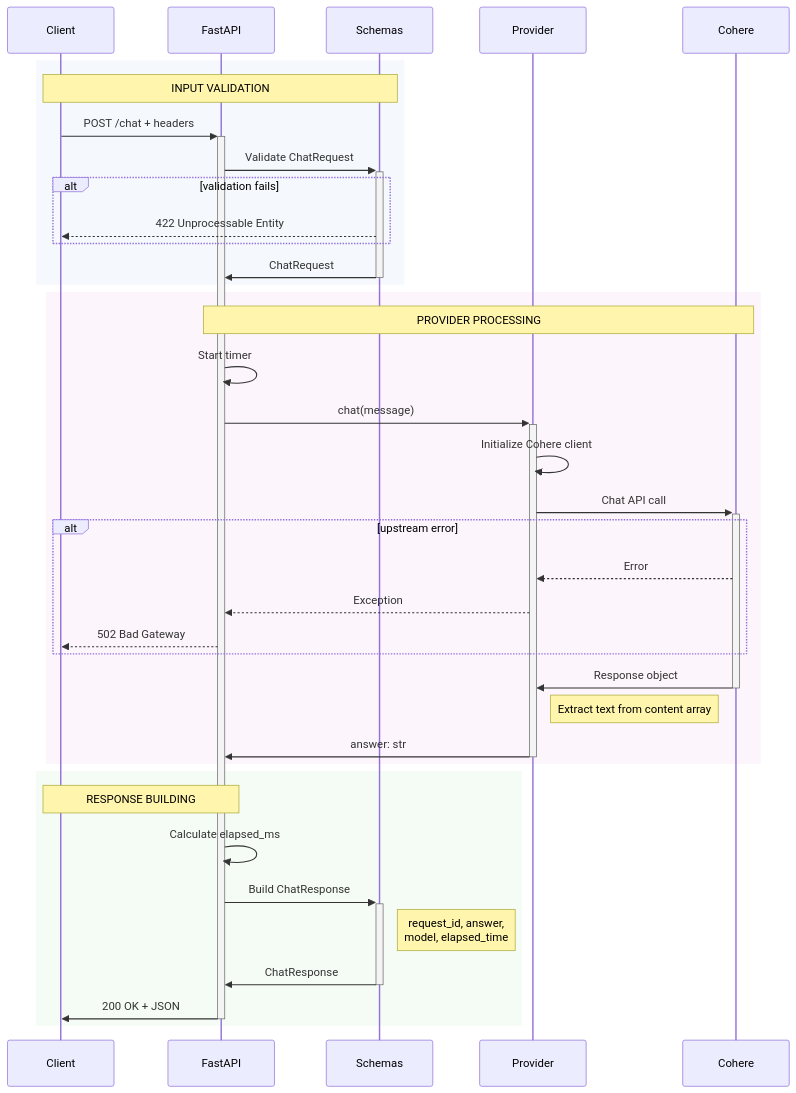
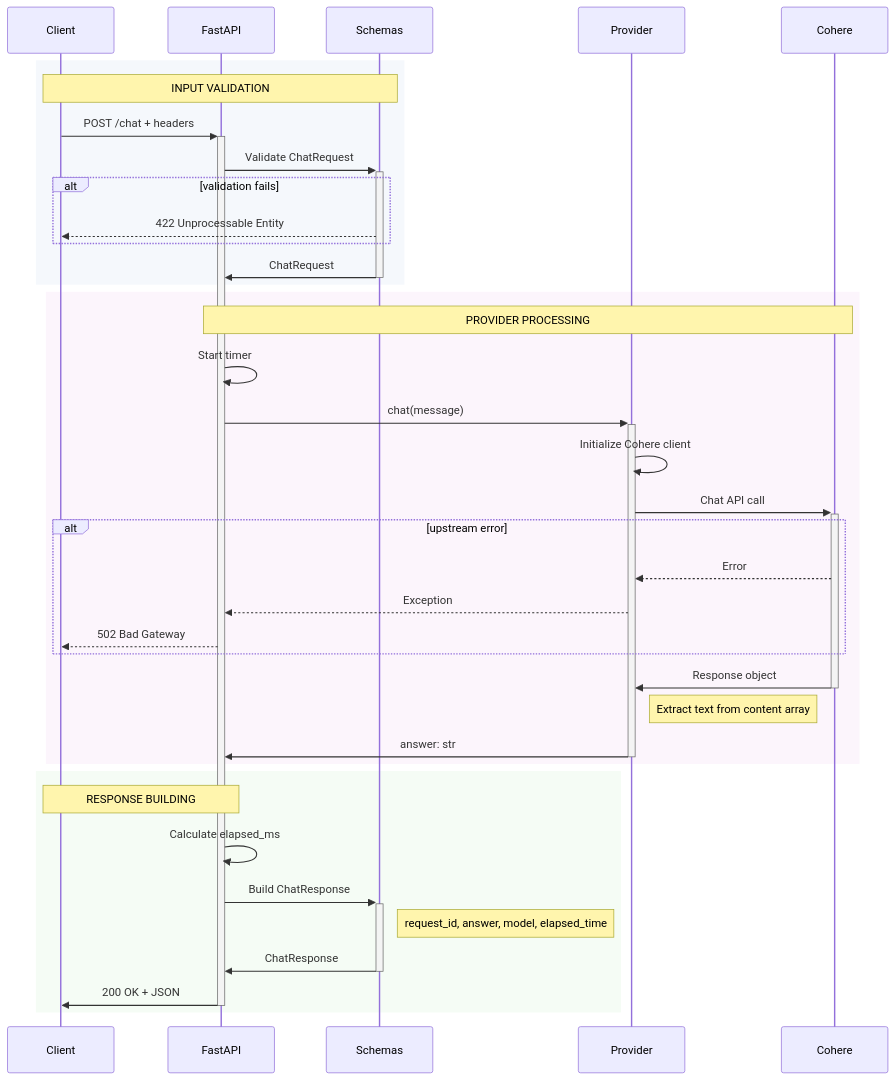
The diagram in docs/blog/chat-api/v1-simple-chat-gateway.md (hananather/chat-api), drawn with Mermaid before and after one commit. The commit also changed other lines of this file and 18 other files, not shown here.

````diff
--- a/docs/blog/chat-api/v1-simple-chat-gateway.md
+++ b/docs/blog/chat-api/v1-simple-chat-gateway.md
@@ -182,47 +194,47 @@
 ```mermaid
 sequenceDiagram
     participant Client
     participant FastAPI
     participant Schemas
     participant Provider
     participant Cohere
 
     rect rgb(245, 248, 252)
     Note over Client,Schemas: INPUT VALIDATION
     Client->>+FastAPI: POST /chat + headers
     FastAPI->>+Schemas: Validate ChatRequest
 
     alt validation fails
         Schemas-->>Client: 422 Unprocessable Entity
     end
 
     Schemas->>-FastAPI: ChatRequest
     end
 
     rect rgb(252, 245, 252)
     Note over FastAPI,Cohere: PROVIDER PROCESSING
     FastAPI->>FastAPI: Start timer
     FastAPI->>+Provider: chat(message)
     Provider->>Provider: Initialize Cohere client
     Provider->>+Cohere: Chat API call
 
     alt upstream error
         Cohere-->>Provider: Error
         Provider-->>FastAPI: Exception
         FastAPI-->>Client: 502 Bad Gateway
     end
 
     Cohere->>-Provider: Response object
     Note right of Provider: Extract text from content array
     Provider->>-FastAPI: answer: str
     end
 
     rect rgb(245, 252, 245)
     Note over FastAPI,Client: RESPONSE BUILDING
     FastAPI->>FastAPI: Calculate elapsed_ms
     FastAPI->>+Schemas: Build ChatResponse
-    Note right of Schemas: request_id, answer,<br/>model, elapsed_time
+    Note right of Schemas: request_id, answer, model, elapsed_time
     Schemas->>-FastAPI: ChatResponse
     FastAPI->>-Client: 200 OK + JSON
     end
 ```
````
